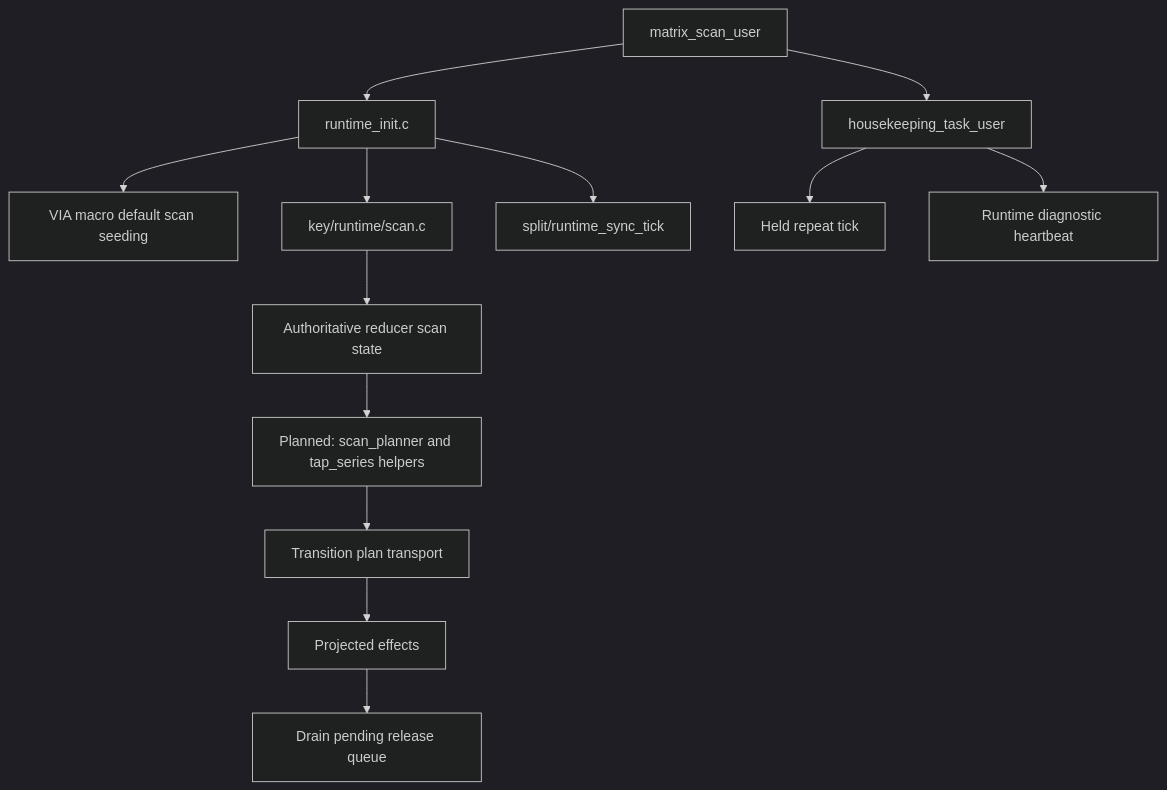
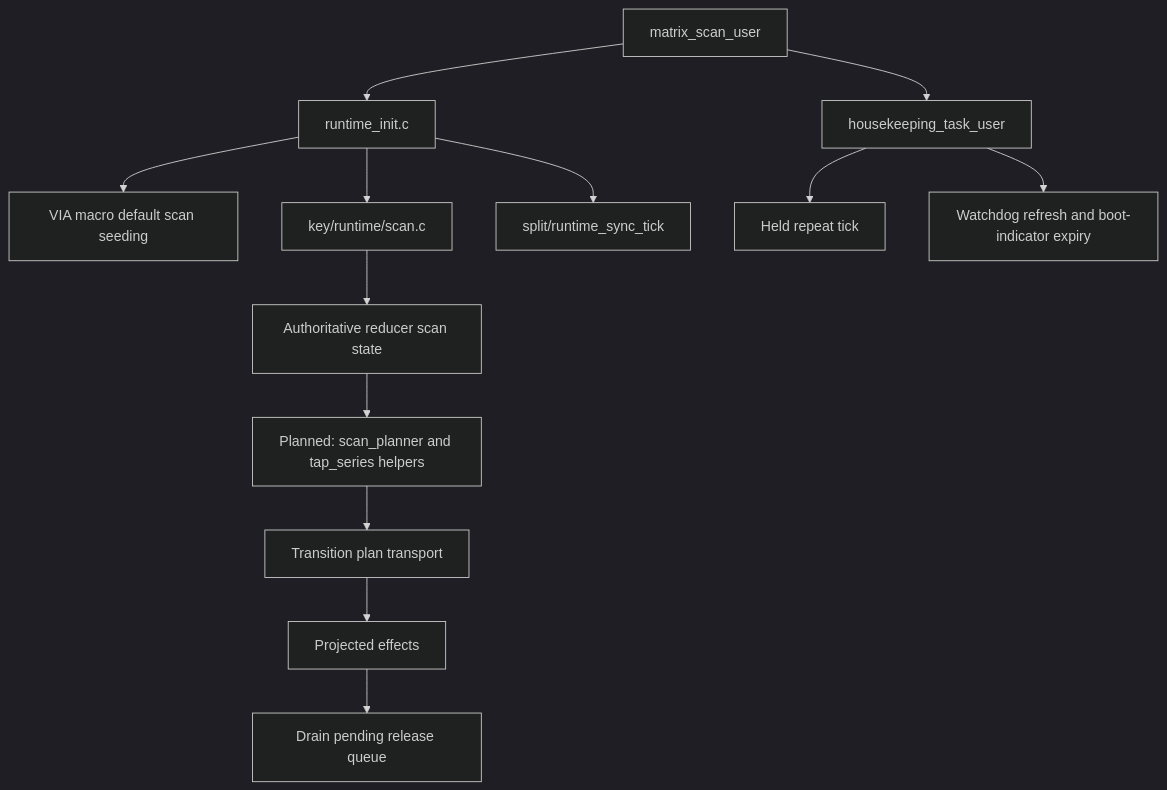
Before and after one commit to NoahCLR/charybdis-4x6: the fourth of 10 diagrams in docs/architecture/runtime-flow.md, drawn with Mermaid (dark theme). The commit also changed other lines of this file and 27 other files, not shown here.

````diff
--- a/docs/architecture/runtime-flow.md
+++ b/docs/architecture/runtime-flow.md
@@ -85,15 +85,15 @@
 ```mermaid
 flowchart TD
     scan["matrix_scan_user"] --> init["runtime_init.c"]
     init --> via["VIA macro default scan seeding"]
     init --> key_scan["key/runtime/scan.c"]
     key_scan --> reducer_scan["Authoritative reducer scan state"]
     reducer_scan --> scan_plan["Planned: scan_planner and tap_series helpers"]
     scan_plan --> transition["Transition plan transport"]
     transition --> projection["Projected effects"]
     projection --> pending["Drain pending release queue"]
     init --> split["split/runtime_sync_tick"]
     scan --> housekeeping["housekeeping_task_user"]
     housekeeping --> repeat["Held repeat tick"]
-    housekeeping --> diag["Runtime diagnostic heartbeat"]
+    housekeeping --> diag["Watchdog refresh and boot-indicator expiry"]
 ```
````
